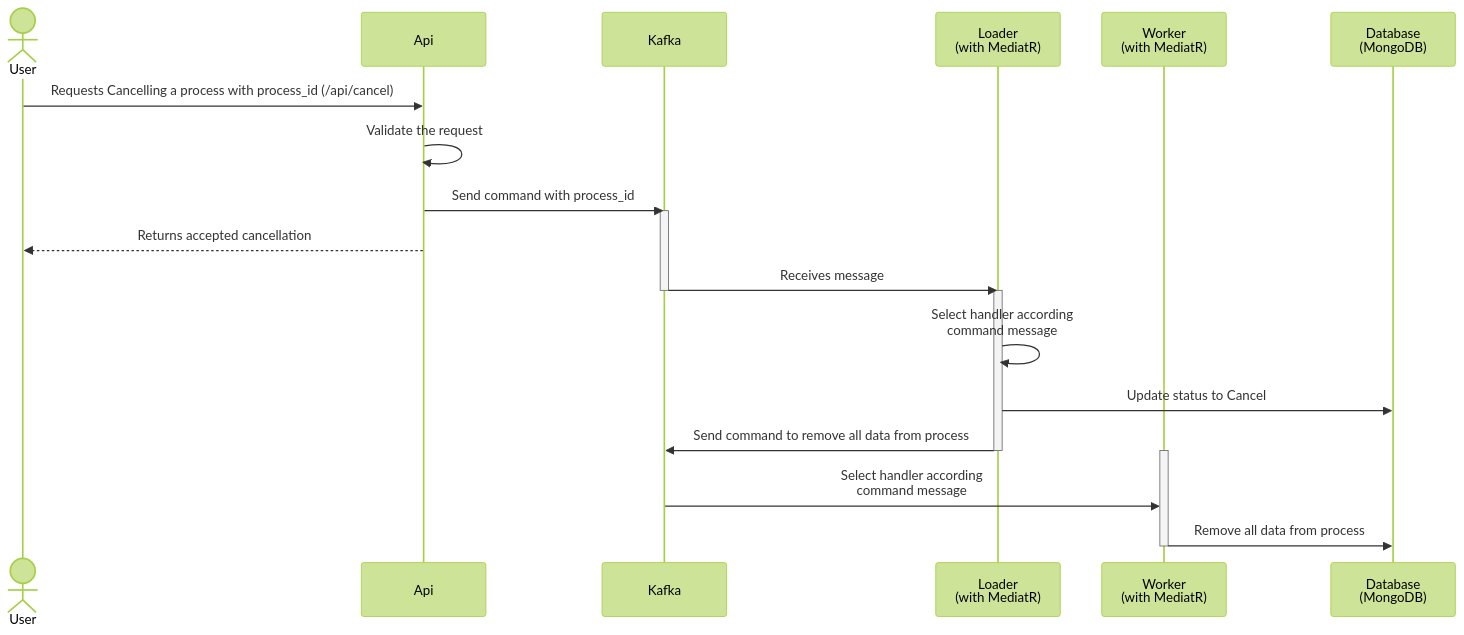
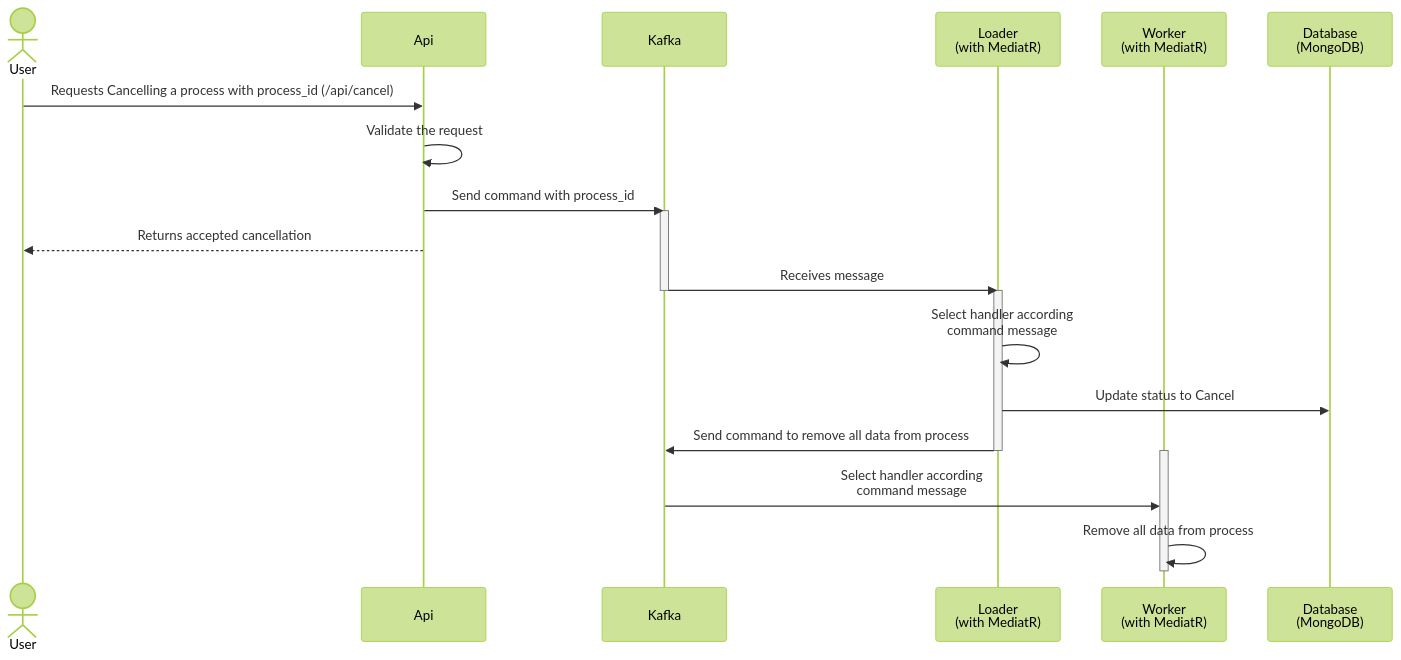
Before and after one commit to luanmds/kafka-dotnet-study: the third of 3 diagrams in sample-02/README.md, drawn with Mermaid (forest theme). The commit also changed other lines of this file and 32 other files, not shown here.

````diff
--- a/sample-02/README.md
+++ b/sample-02/README.md
@@ -92,28 +68,28 @@
 ```mermaid
     sequenceDiagram
         actor User
         participant Api as Api
         participant K as Kafka 
         participant L as Loader <br/> (with MediatR)
         participant W as Worker <br/> (with MediatR)
         participant DB as Database <br/> (MongoDB)
         
         User->>Api: Requests Cancelling a process with process_id (/api/cancel)
         Api->>Api: Validate the request
         Api->>K: Send command with process_id 
         activate K
         Api-->>User: Returns accepted cancellation
         K->>L: Receives message
         deactivate K
         
         activate L
         L->>L: Select handler according <br/> command message 
         L->>DB: Update status to Cancel 
         L->>K: Send command to remove all data from process
         deactivate L
 
         activate W
         K->>W: Select handler according <br/> command message 
-        W->>DB: Remove all data from process
+        W->>W: Remove all data from process
         deactivate W
 ```
````
